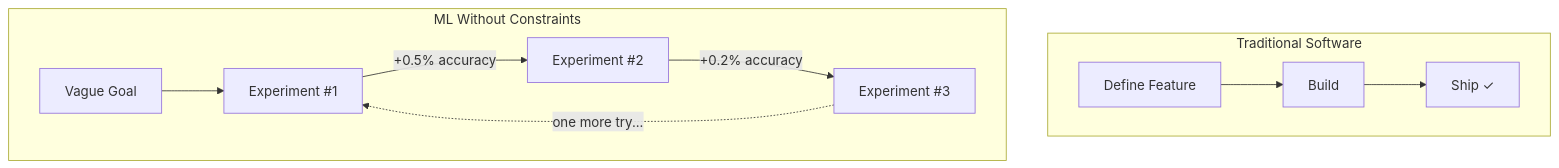
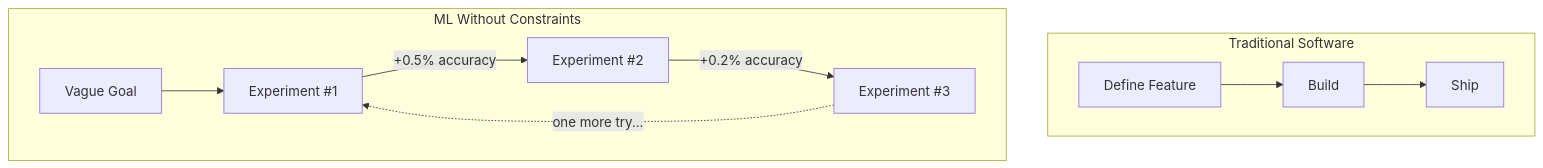
The first of 3 diagrams in posts/product-management/shipping-software-projects.qmd (ImadDabbura/imaddabbura.github.io), drawn with Mermaid before and after one commit. The commit also changed other lines of this file and 24 other files, not shown here.

Commit message:
chore: Improve few posts flow and structure

````diff
--- a/posts/product-management/shipping-software-projects.qmd
+++ b/posts/product-management/shipping-software-projects.qmd
@@ -18,15 +18,15 @@
 ```{mermaid}
-%%| fig-cap: "Traditional software has a bounded end state. ML projects without defined constraints loop indefinitely - each experiment looks like progress."
+%%| fig-cap: "Traditional software has a bounded end state. ML projects without defined constraints loop indefinitely: each experiment looks like progress."
 flowchart TD
     subgraph trad ["Traditional Software"]
         direction LR
-        t1["Define Feature"] --> t2["Build"] --> t3["Ship ✓"]
+        t1["Define Feature"] --> t2["Build"] --> t3["Ship"]
     end
     subgraph ml ["ML Without Constraints"]
         direction LR
         m1["Vague Goal"] --> m2["Experiment #1"]
         m2 -->|"+0.5% accuracy"| m3["Experiment #2"]
         m3 -->|"+0.2% accuracy"| m4["Experiment #3"]
         m4 -.->|"one more try..."| m2
     end
 ```
````
